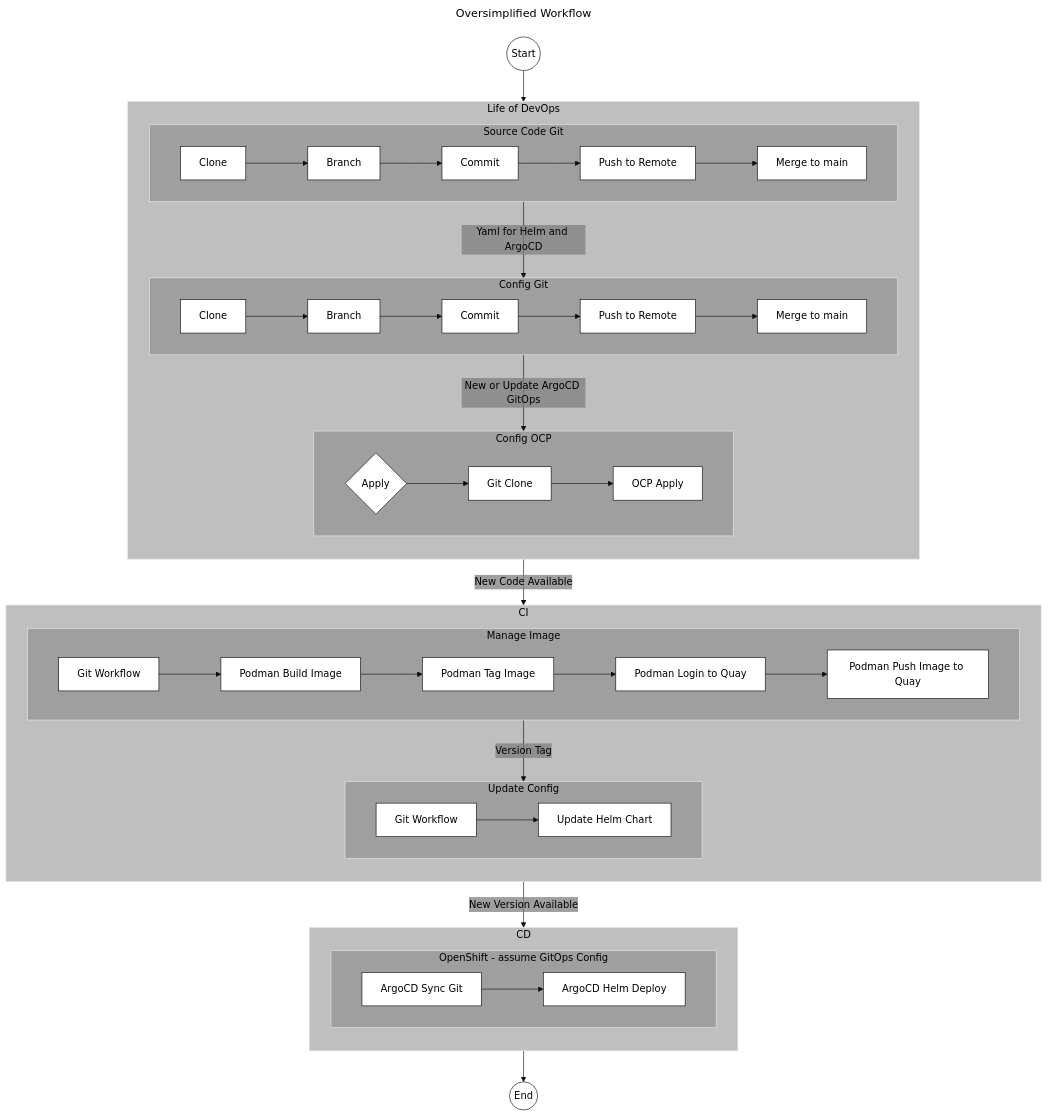
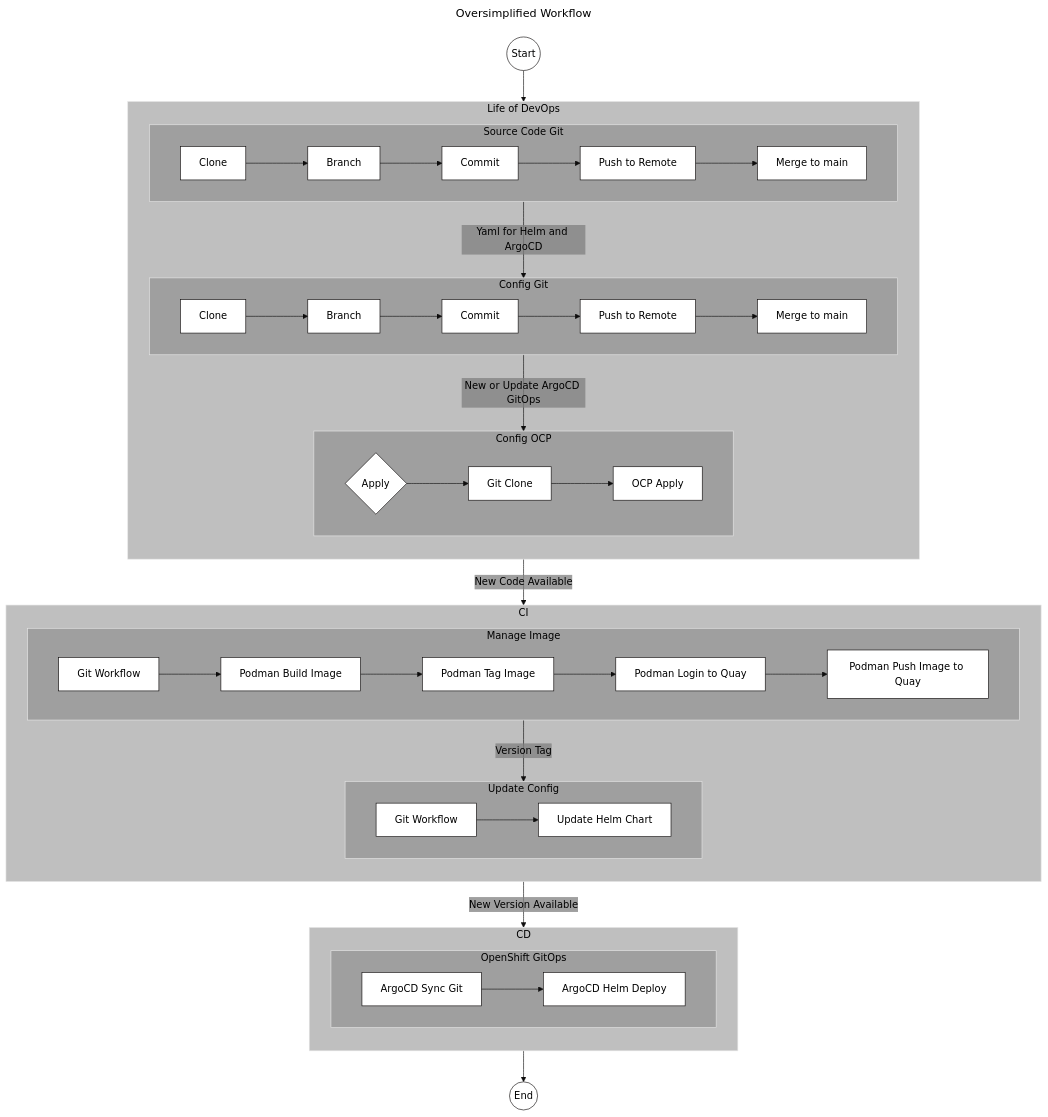
Before and after one commit to ppremru/xyz-app: the diagram in README.md, drawn with Mermaid.

````diff
--- a/README.md
+++ b/README.md
@@ -41,69 +41,69 @@
 ```mermaid
 ---
 title: Oversimplified Workflow
 config:
   theme: 'base'
   themeVariables:
     primaryColor: '#FFFFFFFF'
     primaryTextColor: '#000000'
     primaryBorderColor: '#0c0909ff'
     clusterBkg: '#80808080'
     lineColor: '#0e0d0dff'
     secondaryColor: '#80808080'
 ---
 flowchart TB
     subgraph 0[Life of DevOps]
         direction TB
         subgraph s[Source Code Git]
             direction LR
             s1[Clone] --> s2[Branch]
             s2 --> s3[Commit]
             s3 --> s4[Push to Remote]
             s4 --> s5[Merge to main]
         end
         subgraph c[Config Git]
             direction LR
             c1[Clone] --> c2[Branch]
             c2 --> c3[Commit]
             c3 --> c4[Push to Remote]
             c4 --> c5[Merge to main]
         end
         s -- "Yaml for Helm and ArgoCD" --> c
         subgraph x[Config OCP]
             direction LR
             x0{Apply} --> x1[Git Clone]
             x1 --> x2[OCP Apply]
         end
         c -- "New or Update ArgoCD GitOps" --> x
     end
 
     subgraph 1[CI]
         direction TB
         subgraph buildimage[Manage Image]
             direction LR
             buildimage0[Git Workflow] --> buildimage1[Podman Build Image]
             buildimage1 --> buildimage2[Podman Tag Image]
             buildimage2 --> buildimage3[Podman Login to Quay]
             buildimage3 --> buildimage4[Podman Push Image to Quay]
         end
         subgraph updateconfig[Update Config]
             direction LR
             updateimage0[Git Workflow] --> updateimage1[Update Helm Chart]
         end
         buildimage -- "Version Tag" --> updateconfig
     end
 
 
     subgraph 2[CD]
         direction TB
-        subgraph OCP[OpenShift - assume GitOps Config]
+        subgraph OCP[OpenShift GitOps]
             direction LR
             OCP1[ArgoCD Sync Git] --> OCP2[ArgoCD Helm Deploy]
         end
     end
 
     Start((Start)) --> 0
     0 -- "New Code Available" --> 1
     1 -- "New Version Available" --> 2
     2 --> End((End))
 ```
````
